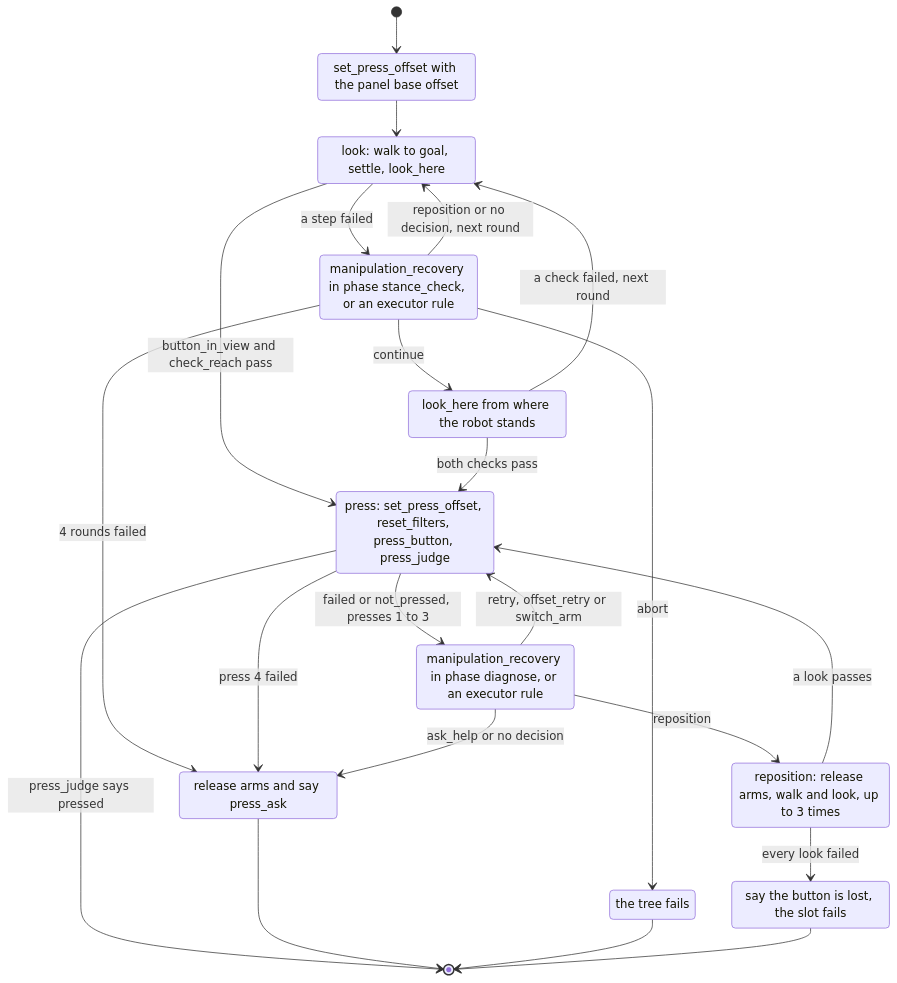
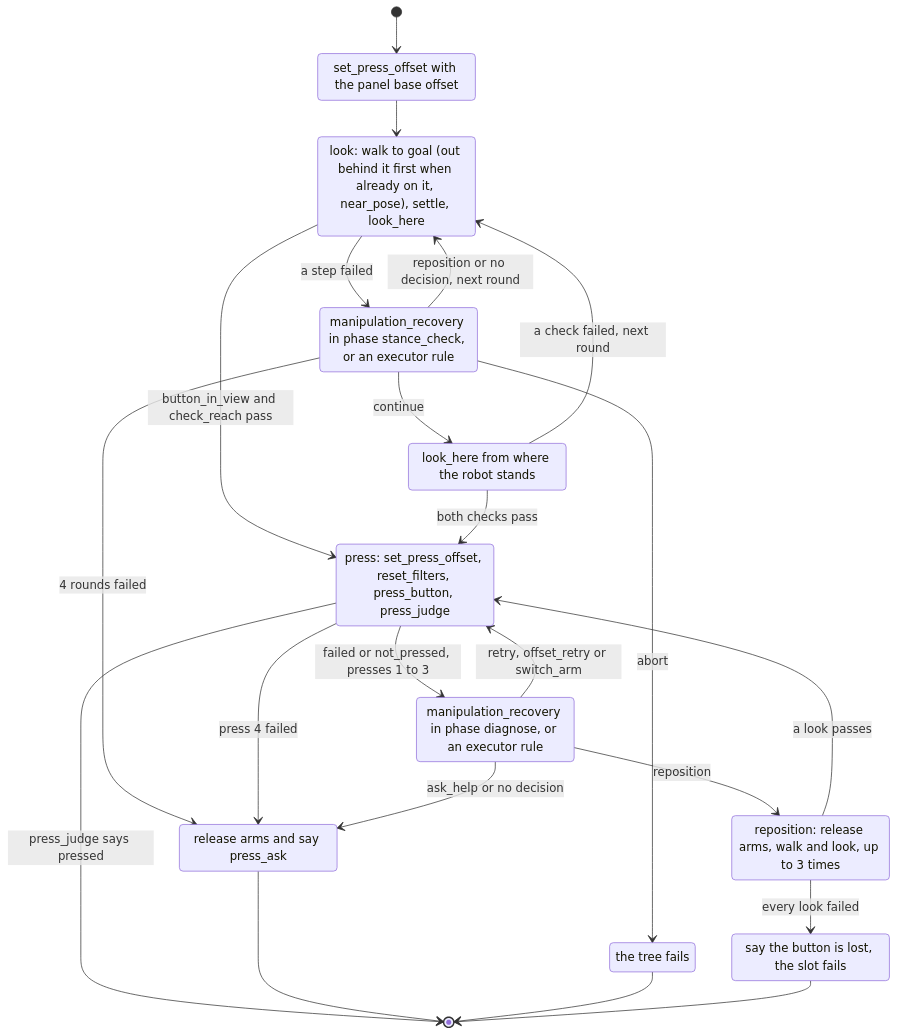
One commit to EigenVectorRobotics/orchestrator changed the third of 3 diagrams in docs/design/trees.md. Above: the diagram before and after it, drawn with Mermaid. The commit also changed 17 other files, not shown here.

First line of the commit message:
feat(press): re-check the stance before each look's walk (near_pose)

````diff
--- a/docs/design/trees.md
+++ b/docs/design/trees.md
@@ -92,34 +92,34 @@
 ```mermaid
 stateDiagram-v2
   state "set_press_offset with the panel base offset" as Base
-  state "look: walk to goal, settle, look_here" as Look
+  state "look: walk to goal (out behind it first when already on it, near_pose), settle, look_here" as Look
   state "manipulation_recovery in phase stance_check, or an executor rule" as StanceRec
   state "look_here from where the robot stands" as Here
   state "press: set_press_offset, reset_filters, press_button, press_judge" as Press
   state "manipulation_recovery in phase diagnose, or an executor rule" as Diagnose
   state "reposition: release arms, walk and look, up to 3 times" as Repo
   state "release arms and say press_ask" as Ask
   state "the tree fails" as Abort
   state "say the button is lost, the slot fails" as Lost
   [*] --> Base
   Base --> Look
   Look --> Press : button_in_view and check_reach pass
   Look --> StanceRec : a step failed
   StanceRec --> Here : continue
   Here --> Press : both checks pass
   Here --> Look : a check failed, next round
   StanceRec --> Look : reposition or no decision, next round
   StanceRec --> Ask : 4 rounds failed
   StanceRec --> Abort : abort
   Press --> [*] : press_judge says pressed
   Press --> Diagnose : failed or not_pressed, presses 1 to 3
   Press --> Ask : press 4 failed
   Diagnose --> Press : retry, offset_retry or switch_arm
   Diagnose --> Repo : reposition
   Repo --> Press : a look passes
   Repo --> Lost : every look failed
   Diagnose --> Ask : ask_help or no decision
   Ask --> [*]
   Abort --> [*]
   Lost --> [*]
 ```
````
